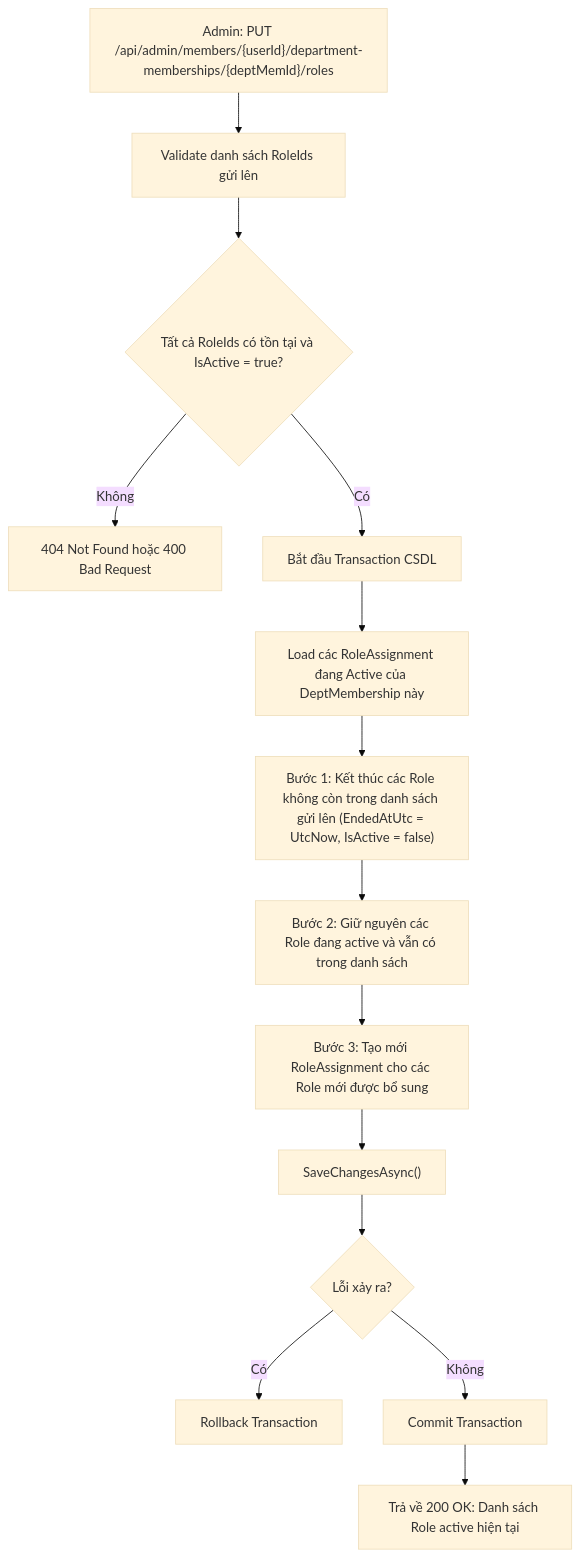
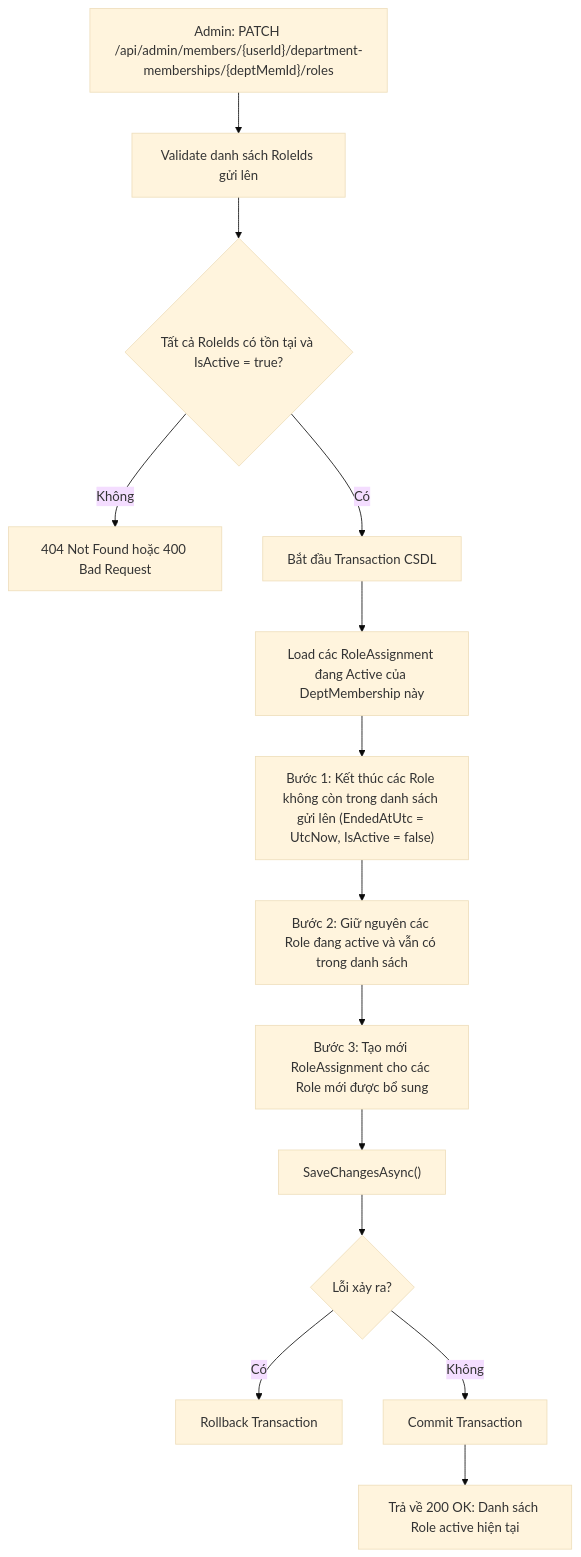
One commit to NHSon05/gdsc-sharing-platform changed the fifth of 5 diagrams in docs/features/profile/02_BACKEND_SUMMARY.md. Above: the diagram before and after it, drawn with Mermaid (base theme). The commit also changed other lines of this file and 126 other files, not shown here.

First line of the commit message:
feat(roadmap): implement roadmap management backend, visual canvas, a… (#17)

````diff
--- a/docs/features/profile/02_BACKEND_SUMMARY.md
+++ b/docs/features/profile/02_BACKEND_SUMMARY.md
@@ -179,16 +179,16 @@
 ```mermaid
 flowchart TD
-    A["Admin: PUT /api/admin/members/{userId}/department-memberships/{deptMemId}/roles"] --> B["Validate danh sách RoleIds gửi lên"]
+    A["Admin: PATCH /api/admin/members/{userId}/department-memberships/{deptMemId}/roles"] --> B["Validate danh sách RoleIds gửi lên"]
     B --> C{"Tất cả RoleIds có tồn tại và IsActive = true?"}
     C -- Không --> D["404 Not Found hoặc 400 Bad Request"]
     C -- Có --> E["Bắt đầu Transaction CSDL"]
     E --> F["Load các RoleAssignment đang Active của DeptMembership này"]
     F --> G["Bước 1: Kết thúc các Role không còn trong danh sách gửi lên (EndedAtUtc = UtcNow, IsActive = false)"]
     G --> H["Bước 2: Giữ nguyên các Role đang active và vẫn có trong danh sách"]
     H --> I["Bước 3: Tạo mới RoleAssignment cho các Role mới được bổ sung"]
     I --> J["SaveChangesAsync()"]
     J --> K{"Lỗi xảy ra?"}
     K -- Có --> L["Rollback Transaction"]
     K -- Không --> M["Commit Transaction"]
     M --> N["Trả về 200 OK: Danh sách Role active hiện tại"]
 ```
````
